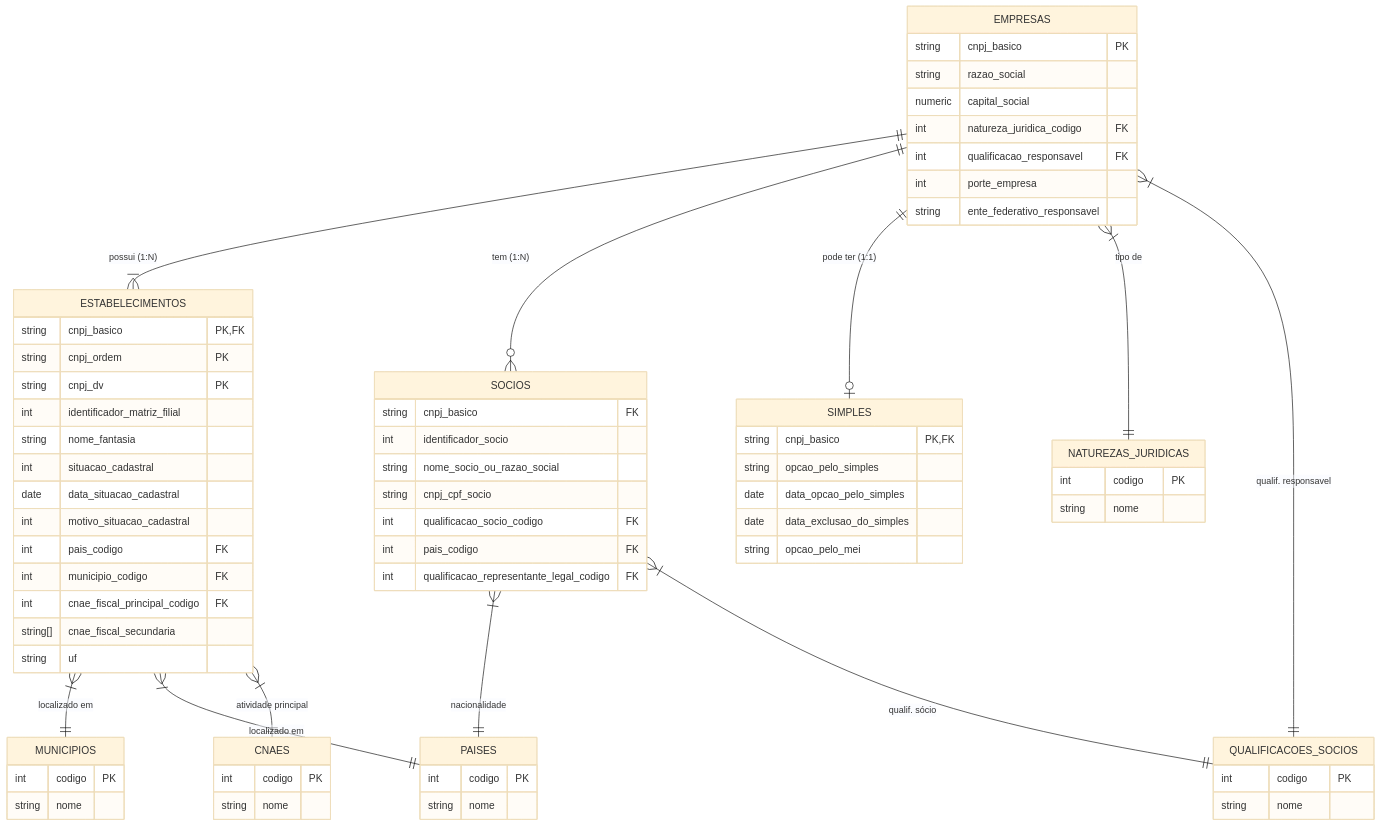
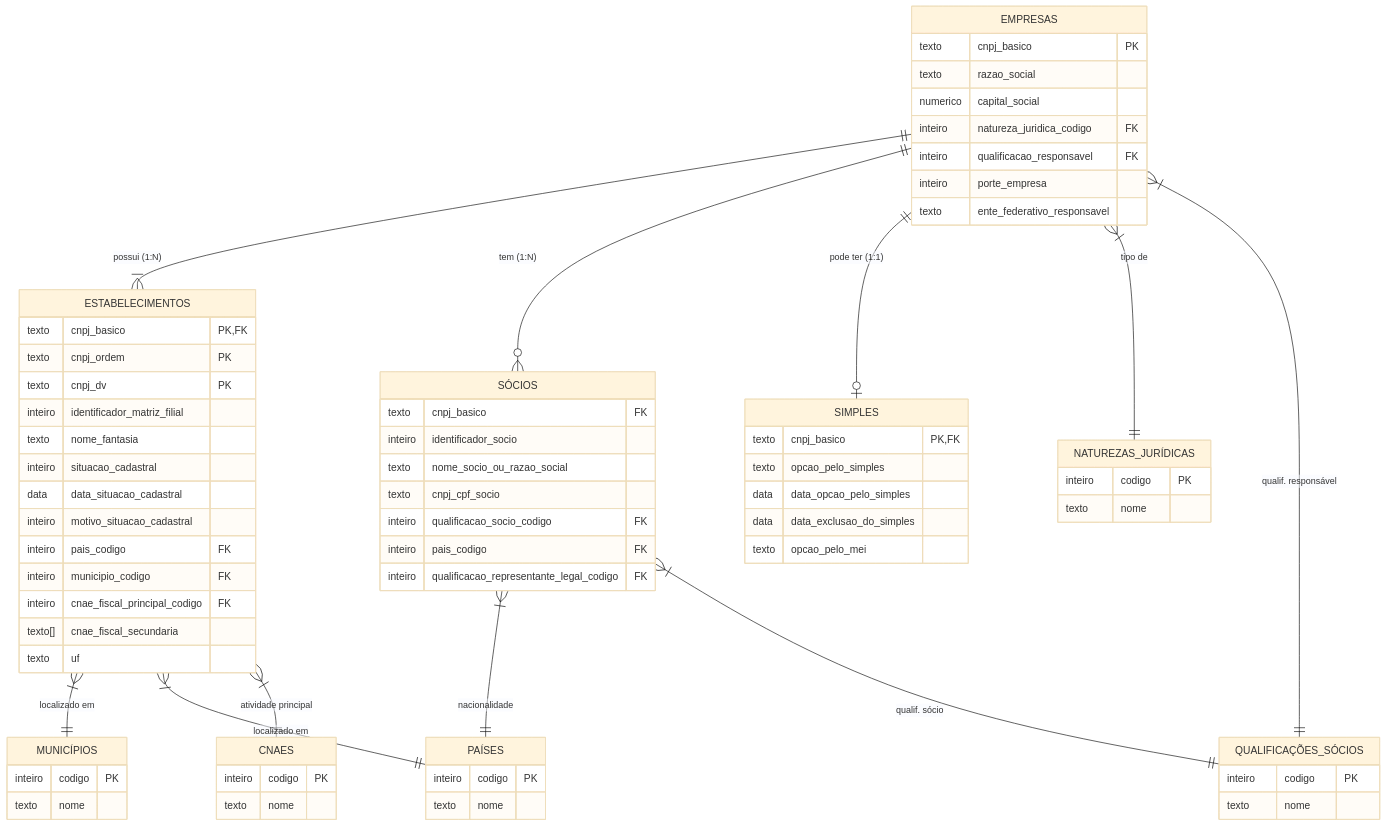
Before and after one commit to danalec/CNPJ-Receita-Federal: the diagram in README.md, drawn with Mermaid (base theme).

Commit message:
docs(readme): padronizar diagrama ER em português (entidades, tipos e relações)

````diff
--- a/README.md
+++ b/README.md
@@ -162,76 +162,76 @@
     %% ==========================================
 
     EMPRESAS {
-        string cnpj_basico PK
-        string razao_social
-        numeric capital_social
-        int natureza_juridica_codigo FK
-        int qualificacao_responsavel FK
-        int porte_empresa
-        string ente_federativo_responsavel
+        texto   cnpj_basico PK
+        texto   razao_social
+        numerico capital_social
+        inteiro natureza_juridica_codigo FK
+        inteiro qualificacao_responsavel FK
+        inteiro porte_empresa
+        texto   ente_federativo_responsavel
     }
 
     ESTABELECIMENTOS {
-        string cnpj_basico PK, FK
-        string cnpj_ordem PK
-        string cnpj_dv PK
-        int identificador_matriz_filial
-        string nome_fantasia
-        int situacao_cadastral
-        date data_situacao_cadastral
-        int motivo_situacao_cadastral
-        int pais_codigo FK
-        int municipio_codigo FK
-        int cnae_fiscal_principal_codigo FK
-        string[] cnae_fiscal_secundaria
-        string uf
+        texto   cnpj_basico PK, FK
+        texto   cnpj_ordem PK
+        texto   cnpj_dv PK
+        inteiro identificador_matriz_filial
+        texto   nome_fantasia
+        inteiro situacao_cadastral
+        data    data_situacao_cadastral
+        inteiro motivo_situacao_cadastral
+        inteiro pais_codigo FK
+        inteiro municipio_codigo FK
+        inteiro cnae_fiscal_principal_codigo FK
+        texto[] cnae_fiscal_secundaria
+        texto   uf
     }
 
-    SOCIOS {
-        string cnpj_basico FK
-        int identificador_socio
-        string nome_socio_ou_razao_social
-        string cnpj_cpf_socio
-        int qualificacao_socio_codigo FK
-        int pais_codigo FK
-        int qualificacao_representante_legal_codigo FK
+    SÓCIOS {
+        texto   cnpj_basico FK
+        inteiro identificador_socio
+        texto   nome_socio_ou_razao_social
+        texto   cnpj_cpf_socio
+        inteiro qualificacao_socio_codigo FK
+        inteiro pais_codigo FK
+        inteiro qualificacao_representante_legal_codigo FK
     }
 
     SIMPLES {
-        string cnpj_basico PK, FK
-        string opcao_pelo_simples
-        date data_opcao_pelo_simples
-        date data_exclusao_do_simples
-        string opcao_pelo_mei
+        texto   cnpj_basico PK, FK
+        texto   opcao_pelo_simples
+        data    data_opcao_pelo_simples
+        data    data_exclusao_do_simples
+        texto   opcao_pelo_mei
     }
 
     %% ==========================================
     %% TABELAS DE DOMÍNIO
     %% ==========================================
 
-    NATUREZAS_JURIDICAS {
-        int codigo PK
-        string nome
+    NATUREZAS_JURÍDICAS {
+        inteiro codigo PK
+        texto   nome
     }
 
-    QUALIFICACOES_SOCIOS {
-        int codigo PK
-        string nome
+    QUALIFICAÇÕES_SÓCIOS {
+        inteiro codigo PK
+        texto   nome
     }
 
     CNAES {
-        int codigo PK
-        string nome
+        inteiro codigo PK
+        texto   nome
     }
 
-    PAISES {
-        int codigo PK
-        string nome
+    PAÍSES {
+        inteiro codigo PK
+        texto   nome
     }
 
-    MUNICIPIOS {
-        int codigo PK
-        string nome
+    MUNICÍPIOS {
+        inteiro codigo PK
+        texto   nome
     }
 
     %% ==========================================
@@ -239,16 +239,16 @@
     %% ==========================================
 
     EMPRESAS ||--|{ ESTABELECIMENTOS : "possui (1:N)"
-    EMPRESAS ||--o{ SOCIOS : "tem (1:N)"
-    EMPRESAS ||--o| SIMPLES : "pode ter (1:1)"
+    EMPRESAS ||--o{ SÓCIOS           : "tem (1:N)"
+    EMPRESAS ||--o| SIMPLES          : "pode ter (1:1)"
 
-    EMPRESAS }|--|| NATUREZAS_JURIDICAS : "tipo de"
-    EMPRESAS }|--|| QUALIFICACOES_SOCIOS : "qualif. responsavel"
+    EMPRESAS }|--|| NATUREZAS_JURÍDICAS   : "tipo de"
+    EMPRESAS }|--|| QUALIFICAÇÕES_SÓCIOS  : "qualif. responsável"
 
-    ESTABELECIMENTOS }|--|| MUNICIPIOS : "localizado em"
-    ESTABELECIMENTOS }|--|| PAISES : "localizado em"
-    ESTABELECIMENTOS }|--|| CNAES : "atividade principal"
+    ESTABELECIMENTOS }|--|| MUNICÍPIOS : "localizado em"
+    ESTABELECIMENTOS }|--|| PAÍSES     : "localizado em"
+    ESTABELECIMENTOS }|--|| CNAES      : "atividade principal"
 
-    SOCIOS }|--|| PAISES : "nacionalidade"
-    SOCIOS }|--|| QUALIFICACOES_SOCIOS : "qualif. sócio"
+    SÓCIOS }|--|| PAÍSES                : "nacionalidade"
+    SÓCIOS }|--|| QUALIFICAÇÕES_SÓCIOS  : "qualif. sócio"
 ```
````
